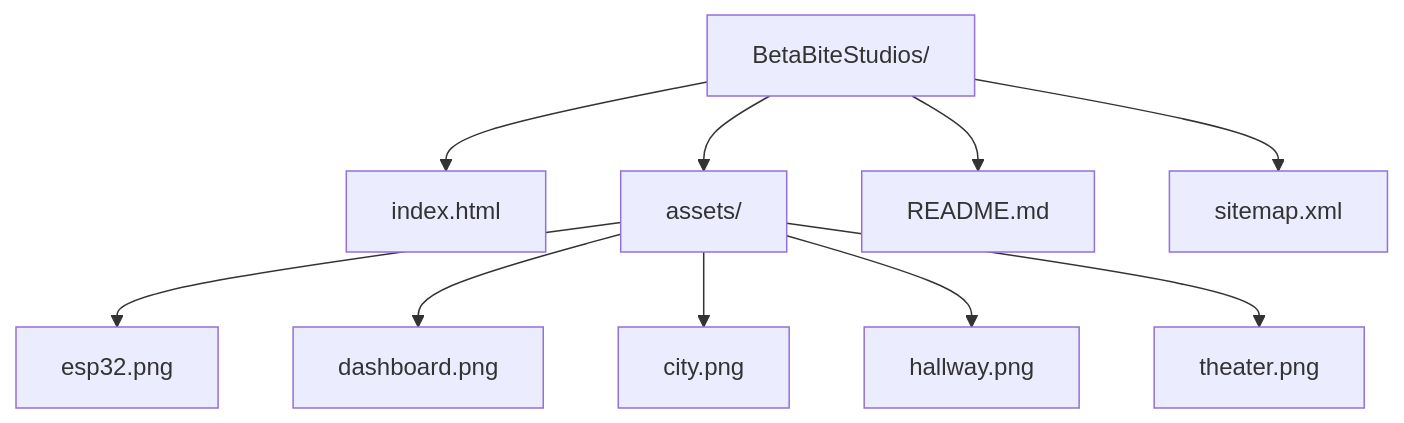
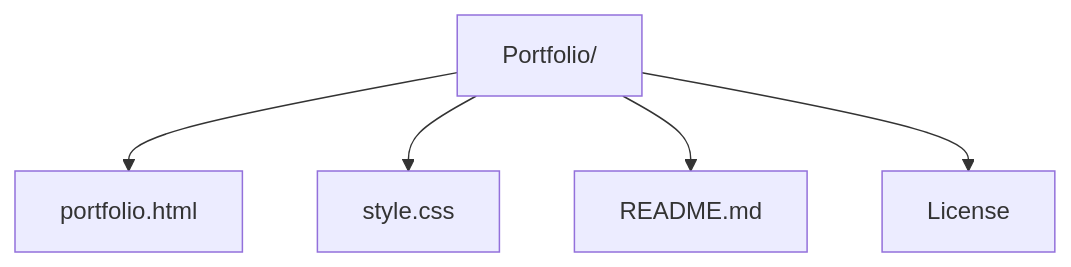
One commit to PhantomXReborn/portfolio changed the diagram in README.md. Above: the diagram before and after it, drawn with Mermaid. The commit also changed other lines of this file and 2 other files, not shown here.

Commit message:
Finishes to the UI, README.md file and CSS styles

````diff
--- a/README.md
+++ b/README.md
@@ -76,12 +71,7 @@
 ```mermaid
 graph TD
-    A[BetaBiteStudios/] --> B[index.html]
-    A --> C[assets/]
-    C --> D[esp32.png]
-    C --> E[dashboard.png]
-    C --> F[city.png]
-    C --> G[hallway.png]
-    C --> H[theater.png]
-    A --> I[README.md]
-    A --> J[sitemap.xml]
+    A[Portfolio/] --> B[portfolio.html]
+    A --> C[style.css]
+    A --> D[README.md]
+    A --> E[License]
 ```
````
